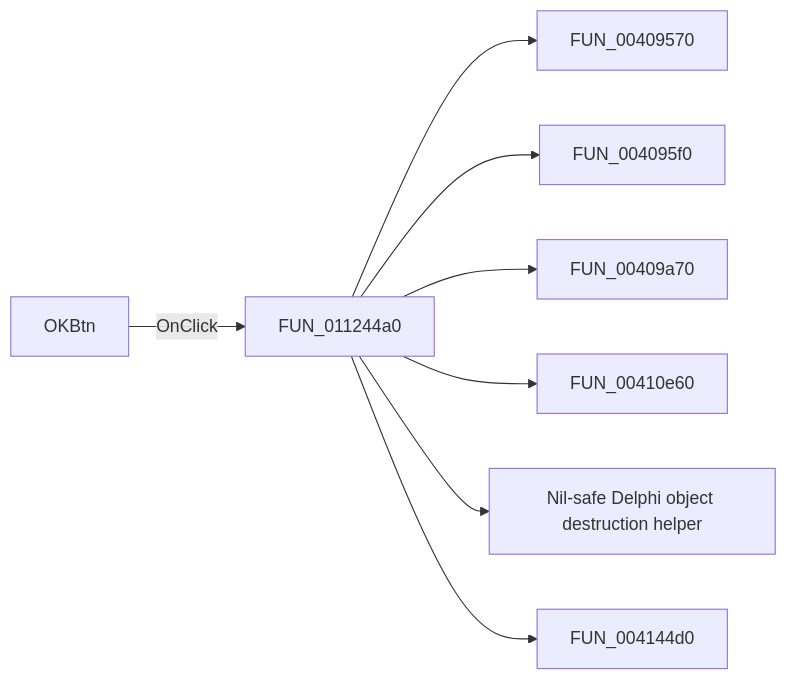
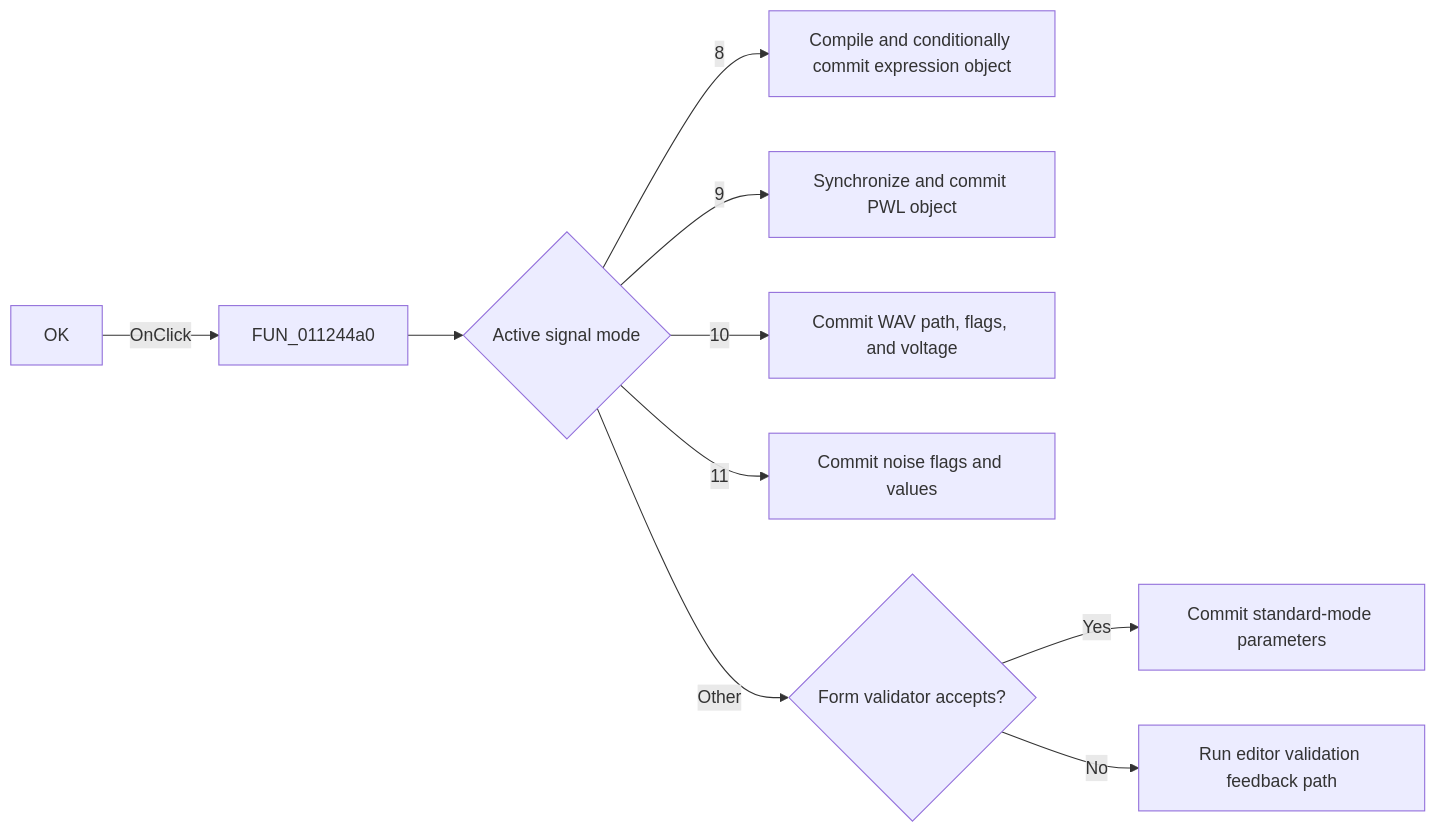
Before and after one commit to MovGP0/TIARA: the diagram in docs/ui-controls/signaleditordlg/okbtn-d62835903a.md, drawn with Mermaid. The commit also changed other lines of this file and 1062 other files, not shown here.

````diff
--- a/docs/ui-controls/signaleditordlg/okbtn-d62835903a.md
+++ b/docs/ui-controls/signaleditordlg/okbtn-d62835903a.md
@@ -27,10 +37,12 @@
 ```mermaid
 flowchart LR
-    control["OKBtn"] -->|OnClick| handler["FUN_011244a0"]
-    handler --> call1["FUN_00409570"]
-    handler --> call2["FUN_004095f0"]
-    handler --> call3["FUN_00409a70"]
-    handler --> call4["FUN_00410e60"]
-    handler --> call5["Nil-safe Delphi object destruction helper"]
-    handler --> call6["FUN_004144d0"]
+    control["OK"] -->|"OnClick"| handler["FUN_011244a0"]
+    handler --> mode{"Active signal mode"}
+    mode -->|"8"| compile["Compile and conditionally commit expression object"]
+    mode -->|"9"| pwl["Synchronize and commit PWL object"]
+    mode -->|"10"| wav["Commit WAV path, flags, and voltage"]
+    mode -->|"11"| noise["Commit noise flags and values"]
+    mode -->|"Other"| validate{"Form validator accepts?"}
+    validate -->|"Yes"| standard["Commit standard-mode parameters"]
+    validate -->|"No"| feedback["Run editor validation feedback path"]
 ```
````
